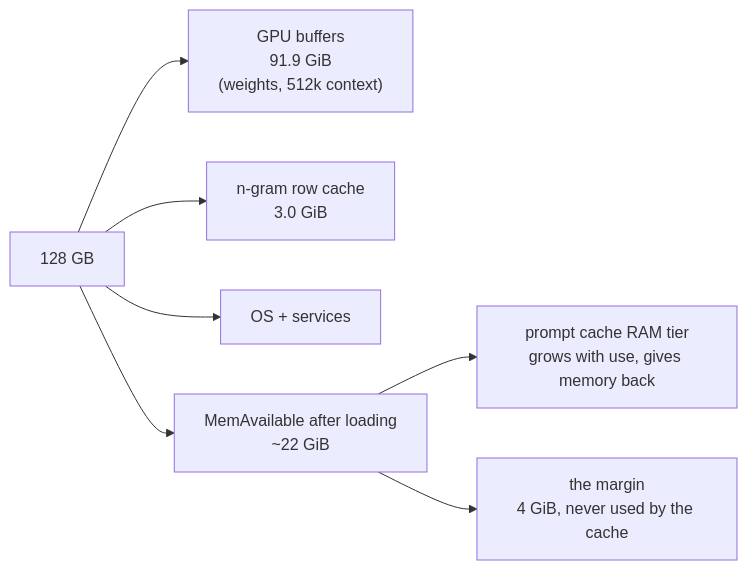
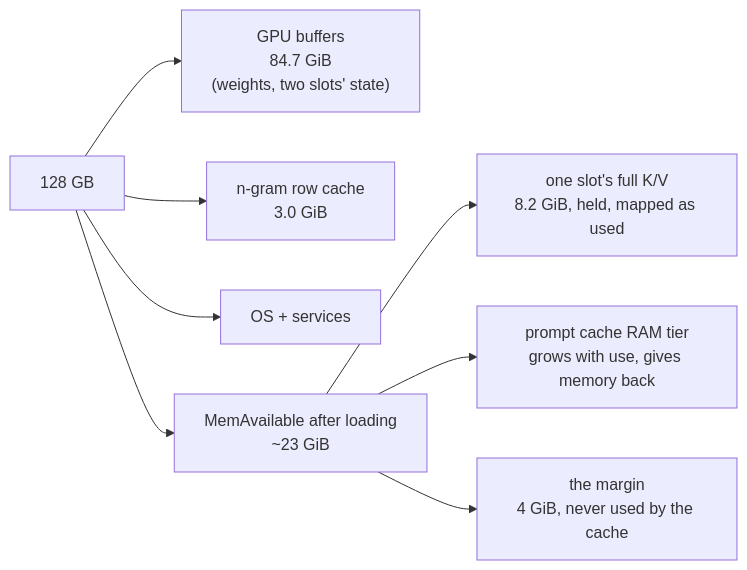
Before and after one commit to Cheblan/strixite: the first of 2 diagrams in docs/memory.md, drawn with Mermaid. The commit also changed other lines of this file and 3 other files, not shown here.

````diff
--- a/docs/memory.md
+++ b/docs/memory.md
@@ -48,9 +49,10 @@
 ```mermaid
 flowchart LR
-    total["128 GB"] --> gpu["GPU buffers<br/>91.9 GiB<br/>(weights, 512k context)"]
+    total["128 GB"] --> gpu["GPU buffers<br/>84.7 GiB<br/>(weights, two slots' state)"]
     total --> rows["n-gram row cache<br/>3.0 GiB"]
     total --> os["OS + services"]
-    total --> avail["MemAvailable after loading<br/>~22 GiB"]
+    total --> avail["MemAvailable after loading<br/>~23 GiB"]
+    avail --> kv["one slot's full K/V<br/>8.2 GiB, held, mapped as used"]
     avail --> tier["prompt cache RAM tier<br/>grows with use, gives memory back"]
     avail --> margin["the margin<br/>4 GiB, never used by the cache"]
 ```
````
